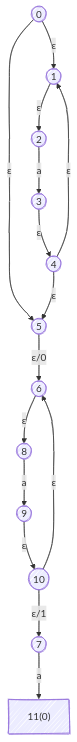
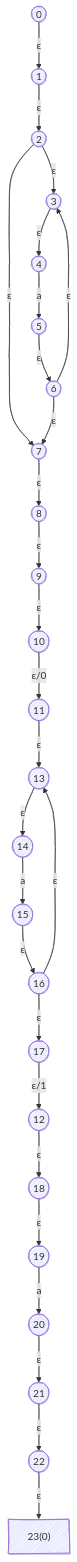
Before and after one commit to moonbitlang/moonlex-old: the diagram in src/lib/tests/__snapshot__/nfa_a_star_capture.md, drawn with Mermaid. The commit also changed 16 other files, not shown here.

````diff
--- a/src/lib/tests/__snapshot__/nfa_a_star_capture.md
+++ b/src/lib/tests/__snapshot__/nfa_a_star_capture.md
@@ -1,33 +1,57 @@
 ```mermaid
 ---
   config:
     look: handDrawn
 ---
 graph TD
 0-->|"ε"|1
-0-->|"ε"|5
 1-->|"ε"|2
-2-->|"a"|3
+2-->|"ε"|3
+2-->|"ε"|7
 3-->|"ε"|4
-4-->|"ε"|1
-4-->|"ε"|5
-5-->|"ε/0"|6
-6-->|"ε"|8
-7-->|"a"|11
-8-->|"a"|9
+4-->|"a"|5
+5-->|"ε"|6
+6-->|"ε"|3
+6-->|"ε"|7
+7-->|"ε"|8
+8-->|"ε"|9
 9-->|"ε"|10
-10-->|"ε"|6
-10-->|"ε/1"|7
+10-->|"ε/0"|11
+11-->|"ε"|13
+12-->|"ε"|18
+13-->|"ε"|14
+14-->|"a"|15
+15-->|"ε"|16
+16-->|"ε"|13
+16-->|"ε"|17
+17-->|"ε/1"|12
+18-->|"ε"|19
+19-->|"a"|20
+20-->|"ε"|21
+21-->|"ε"|22
+22-->|"ε"|23
 0((0))
 1((1))
 2((2))
 3((3))
 4((4))
 5((5))
 6((6))
 7((7))
 8((8))
 9((9))
 10((10))
-11["11(0)"]
+11((11))
+12((12))
+13((13))
+14((14))
+15((15))
+16((16))
+17((17))
+18((18))
+19((19))
+20((20))
+21((21))
+22((22))
+23["23(0)"]
 ```
````
